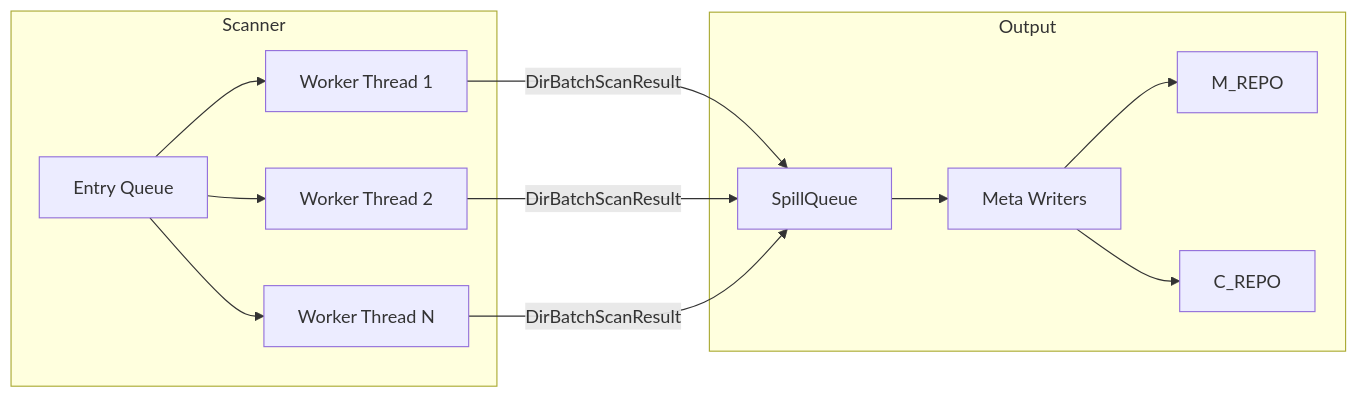
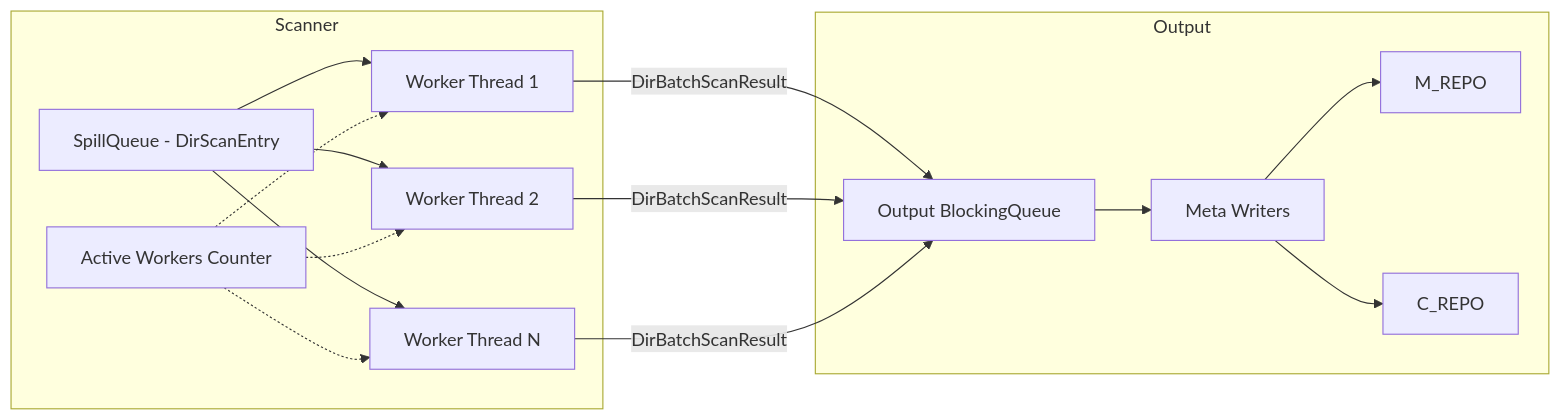
Before and after one commit to XUranus/fpt-rs: the first of 2 diagrams in wiki/docs/transports/local.md, drawn with Mermaid. The commit also changed other lines of this file and 60 other files, not shown here.

First line of the commit message:
Enhance wiki: code snippets, mermaid diagrams, i18n zh-CN support

````diff
--- a/wiki/docs/transports/local.md
+++ b/wiki/docs/transports/local.md
@@ -20,26 +22,30 @@
 ```mermaid
 graph LR
     subgraph "Scanner"
-        EQ[Entry Queue]
+        EQ[SpillQueue - DirScanEntry]
         W1[Worker Thread 1]
         W2[Worker Thread 2]
         WN[Worker Thread N]
+        AW[Active Workers Counter]
     end
 
     subgraph "Output"
-        SQ[SpillQueue]
+        OQ[Output BlockingQueue]
         MW[Meta Writers]
         MREPO[M_REPO]
         CREPO[C_REPO]
     end
 
     EQ --> W1
     EQ --> W2
     EQ --> WN
-    W1 -->|DirBatchScanResult| SQ
-    W2 -->|DirBatchScanResult| SQ
-    WN -->|DirBatchScanResult| SQ
-    SQ --> MW
+    AW -.-> W1
+    AW -.-> W2
+    AW -.-> WN
+    W1 -->|DirBatchScanResult| OQ
+    W2 -->|DirBatchScanResult| OQ
+    WN -->|DirBatchScanResult| OQ
+    OQ --> MW
     MW --> MREPO
     MW --> CREPO
 ```
````
